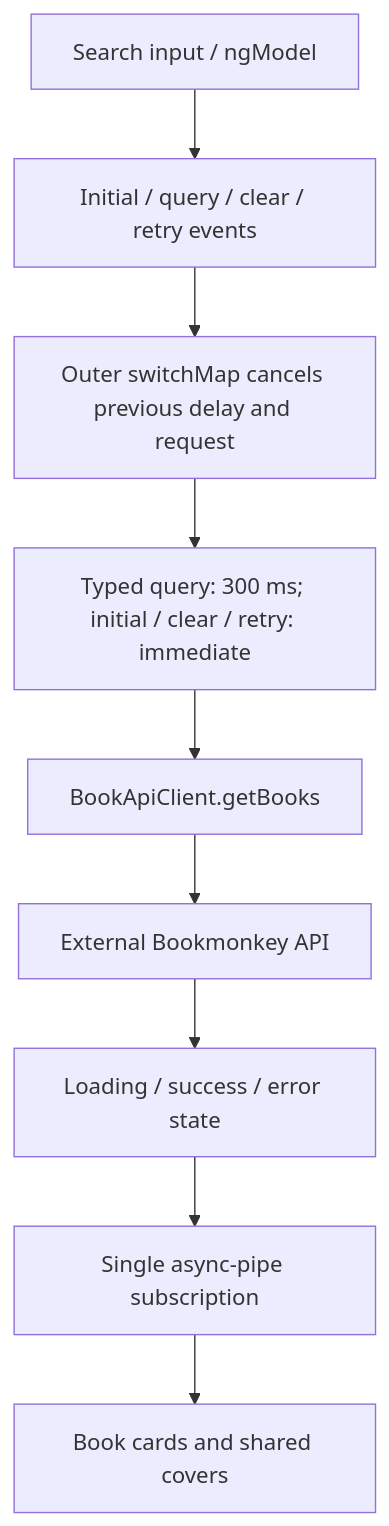
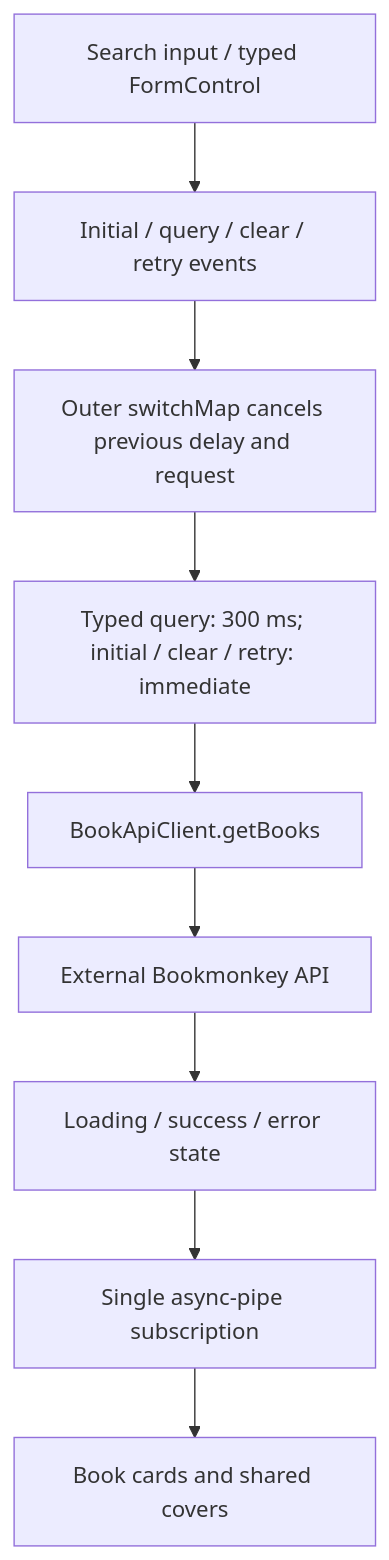
Before and after one commit to lopitz97/ki-software-engineer: the diagram in ARCHITECTURE.md, drawn with Mermaid. The commit also changed other lines of this file and 10 other files, not shown here.

````diff
--- a/ARCHITECTURE.md
+++ b/ARCHITECTURE.md
@@ -70,11 +70,11 @@
 ```mermaid
 flowchart TD
-    Input[Search input / ngModel] --> Events[Initial / query / clear / retry events]
+    Input[Search input / typed FormControl] --> Events[Initial / query / clear / retry events]
     Events --> Switch[Outer switchMap cancels previous delay and request]
     Switch --> Delay[Typed query: 300 ms; initial / clear / retry: immediate]
     Delay --> Client[BookApiClient.getBooks]
     Client --> API[External Bookmonkey API]
     API --> State[Loading / success / error state]
     State --> Async[Single async-pipe subscription]
     Async --> Cards[Book cards and shared covers]
 ```
````
